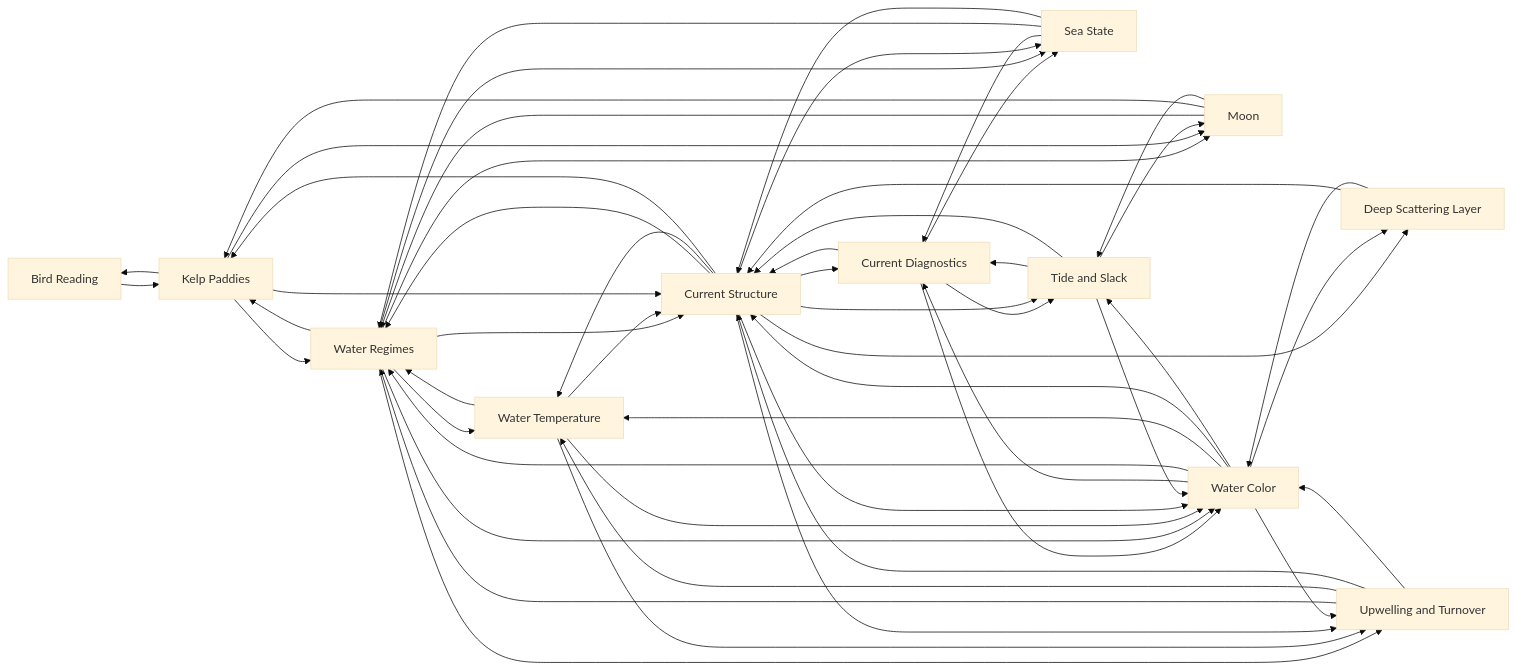
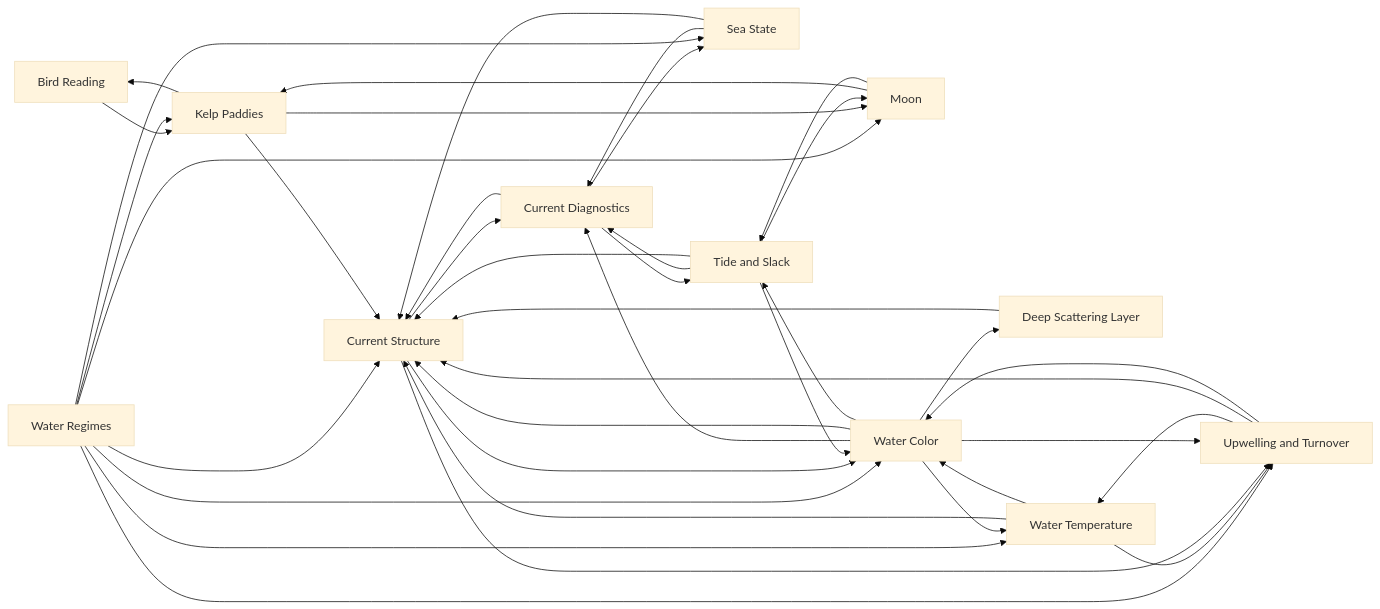
One commit to camchuckpete-max/Socal-Fishing-Knowledge changed the diagram in conditions/README.md. Above: the diagram before and after it, drawn with Mermaid (base theme). The commit also changed other lines of this file and 124 other files, not shown here.

````diff
--- a/conditions/README.md
+++ b/conditions/README.md
@@ -25,67 +25,53 @@
 ```mermaid
 graph LR
   n0["Bird Reading"]
   n1["Current Diagnostics"]
   n2["Current Structure"]
   n3["Deep Scattering Layer"]
   n4["Kelp Paddies"]
   n5["Moon"]
   n6["Sea State"]
   n7["Tide and Slack"]
   n8["Upwelling and Turnover"]
   n9["Water Color"]
   n10["Water Regimes"]
   n11["Water Temperature"]
   n0 --> n4
   n1 --> n2
   n1 --> n6
   n1 --> n7
-  n1 --> n9
   n10 --> n11
   n10 --> n2
   n10 --> n4
   n10 --> n5
   n10 --> n6
   n10 --> n8
   n10 --> n9
-  n11 --> n10
   n11 --> n2
   n11 --> n8
   n11 --> n9
   n2 --> n1
-  n2 --> n10
-  n2 --> n11
-  n2 --> n3
-  n2 --> n4
-  n2 --> n6
-  n2 --> n7
   n2 --> n8
   n2 --> n9
   n3 --> n2
-  n3 --> n9
   n4 --> n0
-  n4 --> n10
   n4 --> n2
   n4 --> n5
-  n5 --> n10
   n5 --> n4
   n5 --> n7
   n6 --> n1
-  n6 --> n10
   n6 --> n2
   n7 --> n1
   n7 --> n2
   n7 --> n5
   n7 --> n9
-  n8 --> n10
   n8 --> n11
   n8 --> n2
   n8 --> n9
   n9 --> n1
-  n9 --> n10
   n9 --> n11
   n9 --> n2
   n9 --> n3
   n9 --> n7
   n9 --> n8
 ```
````
